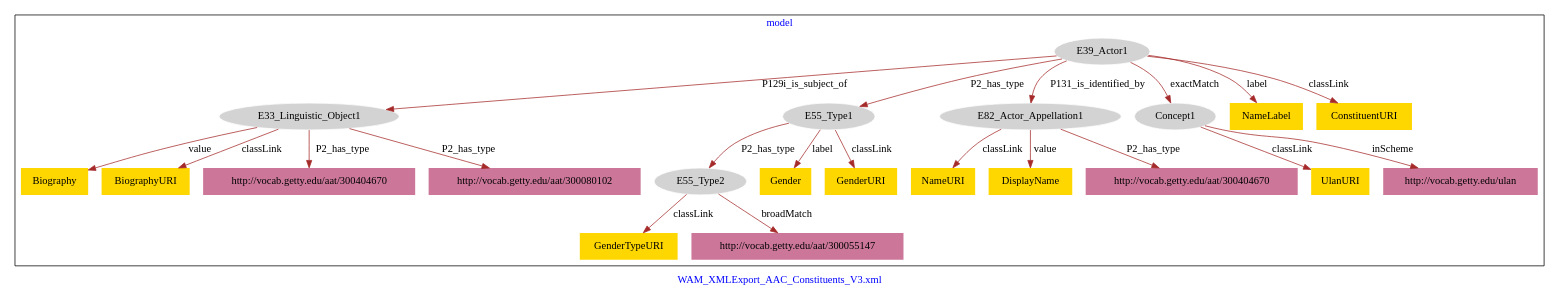
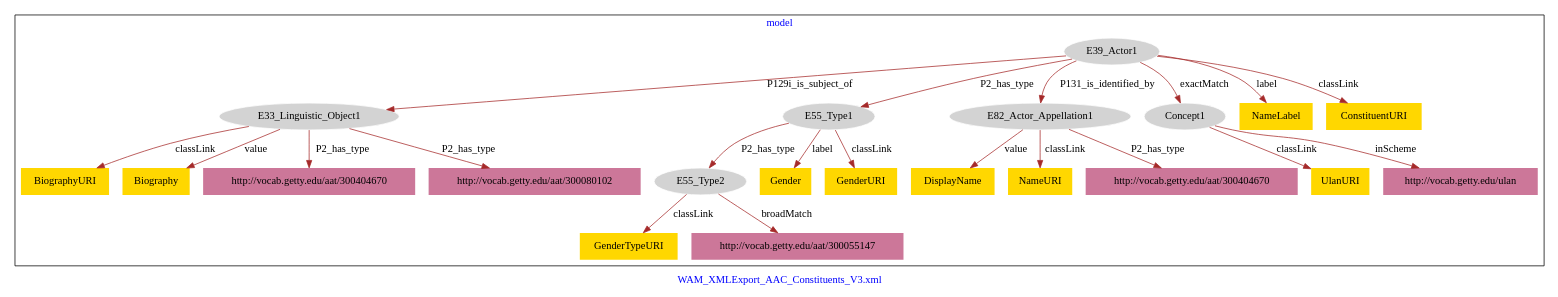
The diagram in WAM_AAC_Constituents_individual/WAM_AAC_Constituents_individual-model.dot (american-art/wam), drawn with Graphviz before and after one commit.

Commit message:
Update file WAM_AAC_Constituents_individual-model.dot

```diff
--- a/WAM_AAC_Constituents_individual/WAM_AAC_Constituents_individual-model.dot
+++ b/WAM_AAC_Constituents_individual/WAM_AAC_Constituents_individual-model.dot
@@ -1,49 +1,49 @@
 digraph n0 {
 fontcolor="blue"
 remincross="true"
 label="WAM_XMLExport_AAC_Constituents_V3.xml"
 subgraph cluster {
 label="model"
 n2[style="filled",color="white",fillcolor="lightgray",label="E39_Actor1"];
 n3[style="filled",color="white",fillcolor="lightgray",label="E33_Linguistic_Object1"];
 n4[style="filled",color="white",fillcolor="lightgray",label="E55_Type1"];
 n5[style="filled",color="white",fillcolor="lightgray",label="E82_Actor_Appellation1"];
 n6[style="filled",color="white",fillcolor="lightgray",label="Concept1"];
 n7[style="filled",color="white",fillcolor="lightgray",label="E55_Type2"];
-n8[shape="plaintext",style="filled",fillcolor="gold",label="NameURI"];
-n9[shape="plaintext",style="filled",fillcolor="gold",label="Biography"];
-n10[shape="plaintext",style="filled",fillcolor="gold",label="Gender"];
-n11[shape="plaintext",style="filled",fillcolor="gold",label="NameLabel"];
-n12[shape="plaintext",style="filled",fillcolor="gold",label="UlanURI"];
-n13[shape="plaintext",style="filled",fillcolor="gold",label="GenderURI"];
-n14[shape="plaintext",style="filled",fillcolor="gold",label="BiographyURI"];
-n15[shape="plaintext",style="filled",fillcolor="gold",label="GenderTypeURI"];
-n16[shape="plaintext",style="filled",fillcolor="gold",label="DisplayName"];
-n17[shape="plaintext",style="filled",fillcolor="gold",label="ConstituentURI"];
+n8[shape="plaintext",style="filled",fillcolor="gold",label="GenderTypeURI"];
+n9[shape="plaintext",style="filled",fillcolor="gold",label="BiographyURI"];
+n10[shape="plaintext",style="filled",fillcolor="gold",label="UlanURI"];
+n11[shape="plaintext",style="filled",fillcolor="gold",label="DisplayName"];
+n12[shape="plaintext",style="filled",fillcolor="gold",label="NameURI"];
+n13[shape="plaintext",style="filled",fillcolor="gold",label="Gender"];
+n14[shape="plaintext",style="filled",fillcolor="gold",label="Biography"];
+n15[shape="plaintext",style="filled",fillcolor="gold",label="NameLabel"];
+n16[shape="plaintext",style="filled",fillcolor="gold",label="ConstituentURI"];
+n17[shape="plaintext",style="filled",fillcolor="gold",label="GenderURI"];
 n18[shape="plaintext",style="filled",fillcolor="#CC7799",label="http://vocab.getty.edu/aat/300404670"];
 n19[shape="plaintext",style="filled",fillcolor="#CC7799",label="http://vocab.getty.edu/aat/300404670"];
 n20[shape="plaintext",style="filled",fillcolor="#CC7799",label="http://vocab.getty.edu/aat/300080102"];
 n21[shape="plaintext",style="filled",fillcolor="#CC7799",label="http://vocab.getty.edu/ulan"];
 n22[shape="plaintext",style="filled",fillcolor="#CC7799",label="http://vocab.getty.edu/aat/300055147"];
 }
 n2 -> n3[color="brown",fontcolor="black",label="P129i_is_subject_of"]
 n2 -> n4[color="brown",fontcolor="black",label="P2_has_type"]
 n2 -> n5[color="brown",fontcolor="black",label="P131_is_identified_by"]
 n2 -> n6[color="brown",fontcolor="black",label="exactMatch"]
 n4 -> n7[color="brown",fontcolor="black",label="P2_has_type"]
-n5 -> n8[color="brown",fontcolor="black",label="classLink"]
-n3 -> n9[color="brown",fontcolor="black",label="value"]
-n4 -> n10[color="brown",fontcolor="black",label="label"]
-n2 -> n11[color="brown",fontcolor="black",label="label"]
-n6 -> n12[color="brown",fontcolor="black",label="classLink"]
-n4 -> n13[color="brown",fontcolor="black",label="classLink"]
-n3 -> n14[color="brown",fontcolor="black",label="classLink"]
-n7 -> n15[color="brown",fontcolor="black",label="classLink"]
-n5 -> n16[color="brown",fontcolor="black",label="value"]
-n2 -> n17[color="brown",fontcolor="black",label="classLink"]
+n7 -> n8[color="brown",fontcolor="black",label="classLink"]
+n3 -> n9[color="brown",fontcolor="black",label="classLink"]
+n6 -> n10[color="brown",fontcolor="black",label="classLink"]
+n5 -> n11[color="brown",fontcolor="black",label="value"]
+n5 -> n12[color="brown",fontcolor="black",label="classLink"]
+n4 -> n13[color="brown",fontcolor="black",label="label"]
+n3 -> n14[color="brown",fontcolor="black",label="value"]
+n2 -> n15[color="brown",fontcolor="black",label="label"]
+n2 -> n16[color="brown",fontcolor="black",label="classLink"]
+n4 -> n17[color="brown",fontcolor="black",label="classLink"]
 n5 -> n18[color="brown",fontcolor="black",label="P2_has_type"]
 n3 -> n19[color="brown",fontcolor="black",label="P2_has_type"]
 n3 -> n20[color="brown",fontcolor="black",label="P2_has_type"]
 n6 -> n21[color="brown",fontcolor="black",label="inScheme"]
 n7 -> n22[color="brown",fontcolor="black",label="broadMatch"]
 }
```
